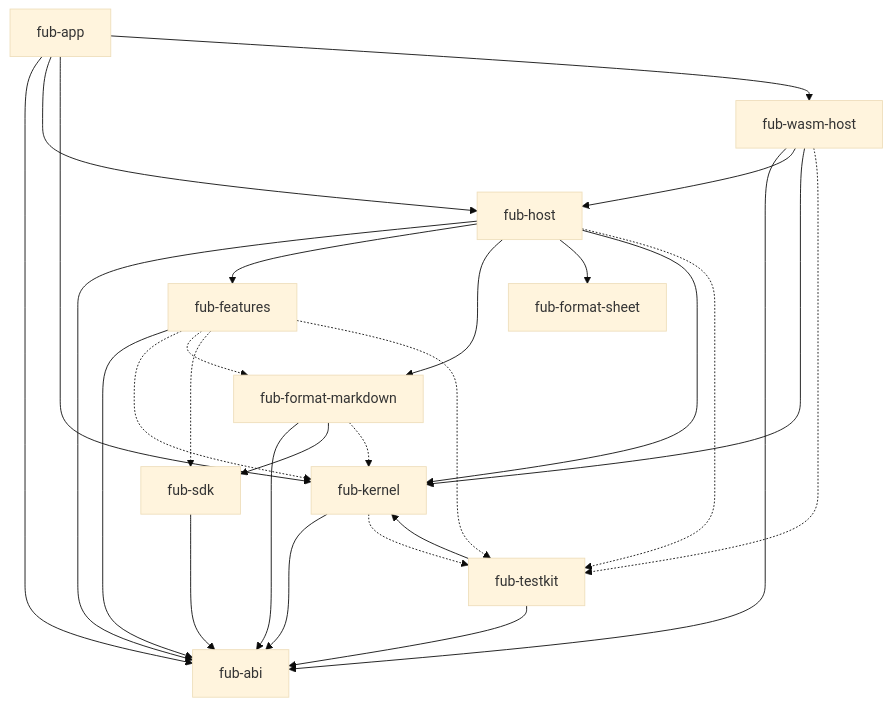
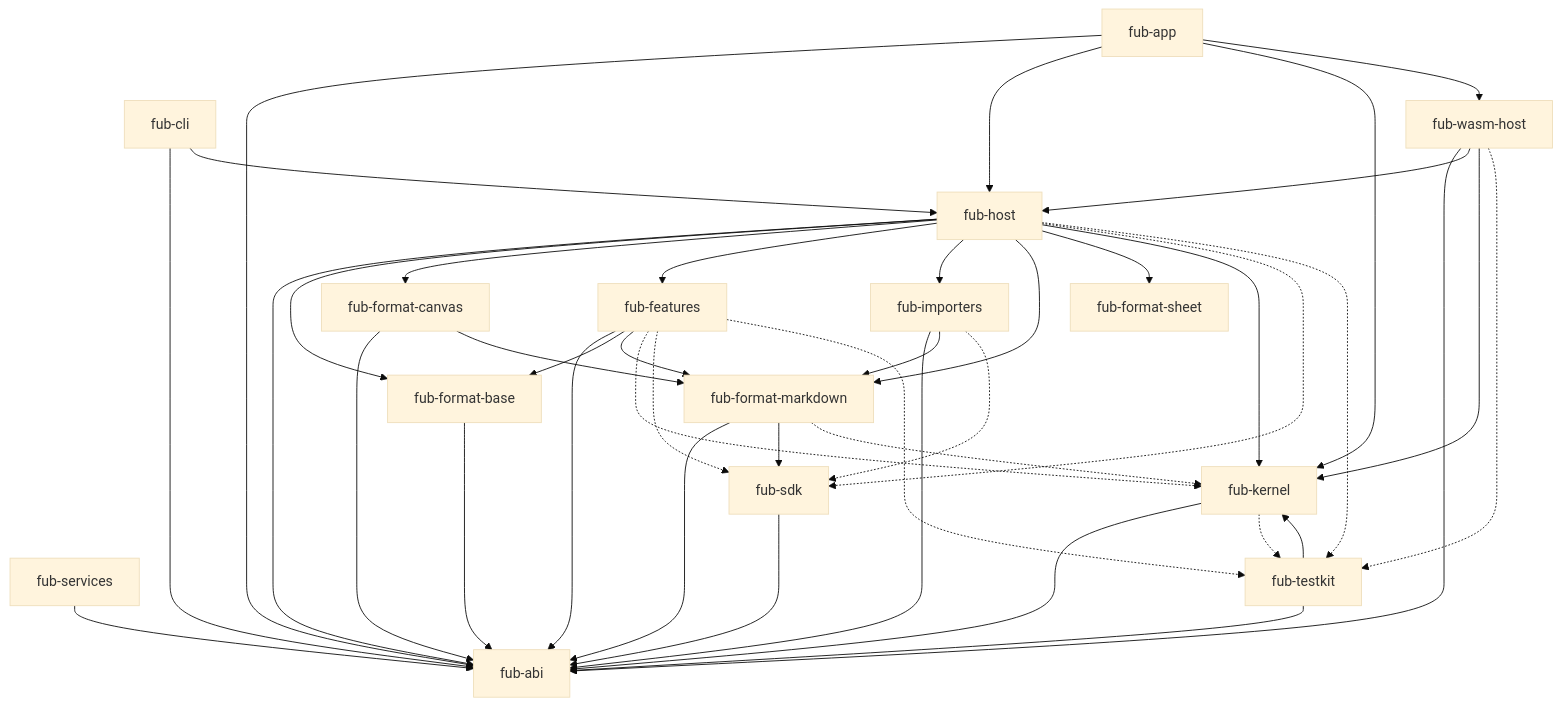
Before and after one commit to Fubeo/Fub: the first of 2 diagrams in docs/architecture/overview.md, drawn with Mermaid (base theme). The commit also changed 546 other files, not shown here.

````diff
--- a/docs/architecture/overview.md
+++ b/docs/architecture/overview.md
@@ -28,45 +28,64 @@
 ```mermaid
 flowchart TD
     %% @grafo-dipendenze
     %% Questo blocco è confrontato con cargo metadata da dependency_invariant.rs.
 
     app["fub-app"]
     host["fub-host"]
     features["fub-features"]
     markdown["fub-format-markdown"]
     sheet["fub-format-sheet"]
+    base["fub-format-base"]
+    canvas["fub-format-canvas"]
+    importers["fub-importers"]
+    cli["fub-cli"]
+    services["fub-services"]
     wasmhost["fub-wasm-host"]
     sdk["fub-sdk"]
     testkit["fub-testkit"]
     kernel["fub-kernel"]
     abi["fub-abi"]
 
     app --> abi
     app --> host
     app --> kernel
     app --> wasmhost
     host --> abi
+    host --> base
+    host --> canvas
     host --> features
+    host --> importers
     host --> markdown
     host --> sheet
     host --> kernel
+    cli --> abi
+    cli --> host
+    services --> abi
+    base --> abi
+    canvas --> abi
+    canvas --> markdown
+    importers --> abi
+    importers --> markdown
     features --> abi
+    features --> base
+    features --> markdown
     markdown --> abi
     markdown --> sdk
     wasmhost --> abi
     wasmhost --> host
     wasmhost --> kernel
     kernel --> abi
     sdk --> abi
     testkit --> abi
     testkit --> kernel
 
     features -.-> kernel
-    features -.-> markdown
     features -.-> sdk
     features -.-> testkit
     markdown -.-> kernel
     kernel -.-> testkit
+    host -.-> sdk
     host -.-> testkit
     wasmhost -.-> testkit
+    importers -.-> sdk
 ```
````
